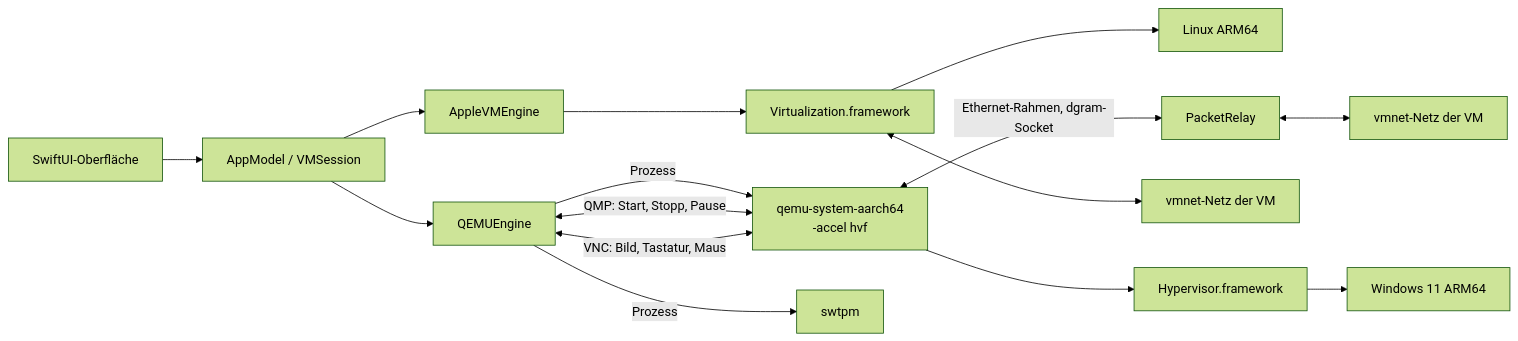
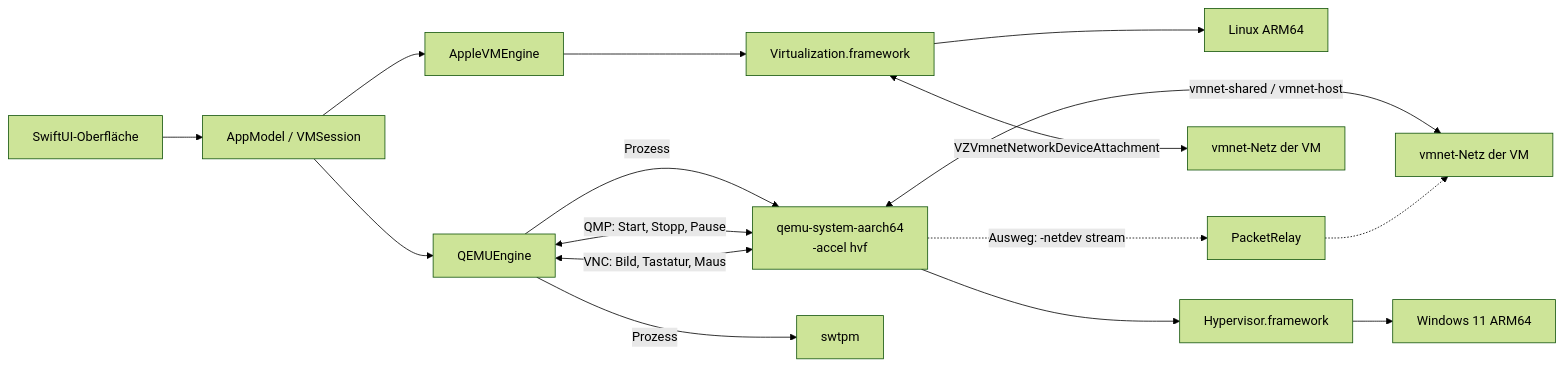
One commit to devoky99/Pluralism changed the diagram in docs/ARCHITECTURE.md. Above: the diagram before and after it, drawn with Mermaid (forest theme). The commit also changed other lines of this file and 9 other files, not shown here.

````diff
--- a/docs/ARCHITECTURE.md
+++ b/docs/ARCHITECTURE.md
@@ -40,17 +40,18 @@
 ```mermaid
 flowchart LR
     UI[SwiftUI-Oberfläche] --> Model[AppModel / VMSession]
     Model --> Apple[AppleVMEngine]
     Model --> QEMU[QEMUEngine]
     Apple --> VZ[Virtualization.framework]
     VZ --> LinuxGast[Linux ARM64]
     QEMU -->|Prozess| Q[qemu-system-aarch64<br/>-accel hvf]
     QEMU -->|Prozess| T[swtpm]
     QEMU <-->|QMP: Start, Stopp, Pause| Q
     QEMU <-->|VNC: Bild, Tastatur, Maus| Q
-    Q <-->|Ethernet-Rahmen, dgram-Socket| Relay[PacketRelay]
-    Relay <--> VMNET[vmnet-Netz der VM]
-    VZ <--> VMNET2[vmnet-Netz der VM]
+    Q <-->|vmnet-shared / vmnet-host| VMNET[vmnet-Netz der VM]
+    Q -.->|Ausweg: -netdev stream| Relay[PacketRelay]
+    Relay -.-> VMNET
+    VZ <-->|VZVmnetNetworkDeviceAttachment| VMNET2[vmnet-Netz der VM]
     Q --> HVF[Hypervisor.framework]
     HVF --> WinGast[Windows 11 ARM64]
 ```
````
